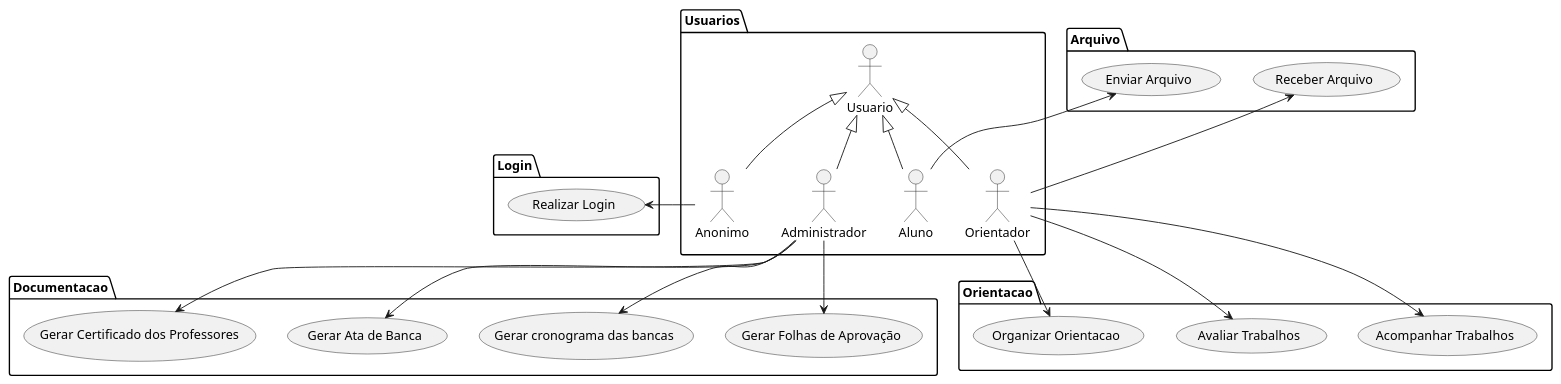
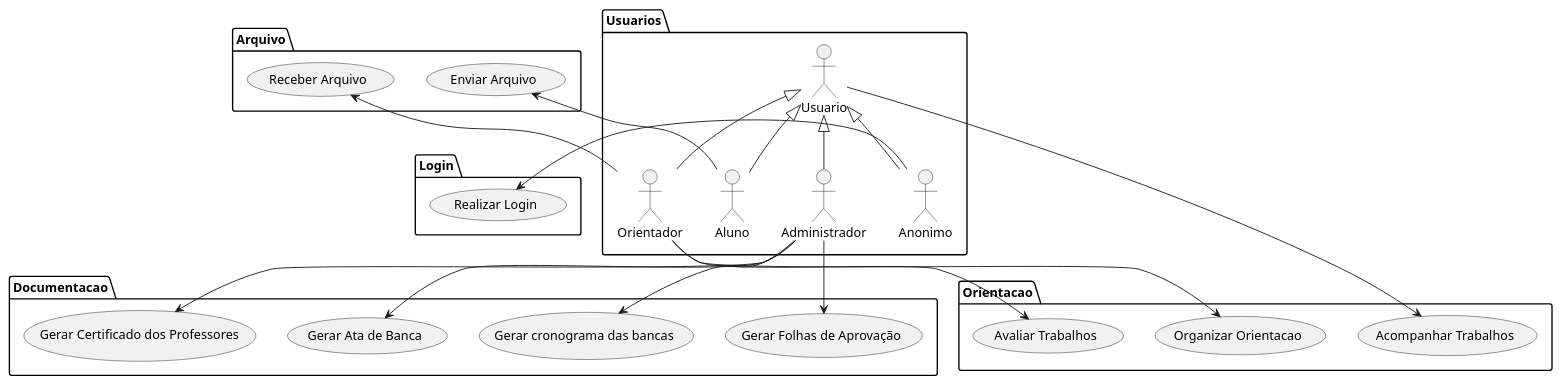
Before and after one commit to ProjetoEngSoftwareTCCs/ProjetoEngSoftware: the diagram in reqs.md, drawn with PlantUML. The commit also changed other lines of this file, not shown here.

````diff
--- a/reqs.md
+++ b/reqs.md
@@ -21,45 +21,45 @@
 ```plantuml
 @startuml AcompanhamentoTcc
 
 package Login{
     usecase "Realizar Login" as UC1
 }
 package Usuarios{
     actor Usuario as usu
     actor Anonimo as anon
     actor Administrador as admin
     actor Aluno as aluno
     actor Orientador as ori
 }
 package Orientacao{ 
     usecase "Organizar Orientacao" as UC5
     usecase "Acompanhar Trabalhos" as UC6
     usecase "Avaliar Trabalhos" as UC7
 }
 package Documentacao{
     usecase "Gerar Ata de Banca" as UC8
     usecase "Gerar Certificado dos Professores" as UC9
     usecase "Gerar Folhas de Aprovação" as UC10
     usecase "Gerar cronograma das bancas" as UC11
 }
 package Arquivo{
     usecase "Enviar Arquivo" as UC12
     usecase "Receber Arquivo" as UC13
 }
 
 usu <|-- anon
 usu <|-- admin
 usu <|-- aluno
 usu <|-- ori
 UC1 <- anon
 admin --> UC8
 admin --> UC9
 admin --> UC10
 admin --> UC11
 UC12 <-- aluno
 UC13 <-- ori
 ori --> UC5
-ori --> UC6
 ori --> UC7
+usu --> UC6
 @enduml
 ```
````
